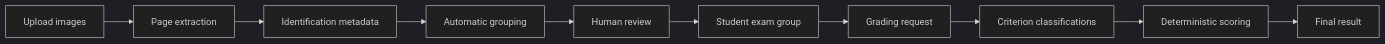
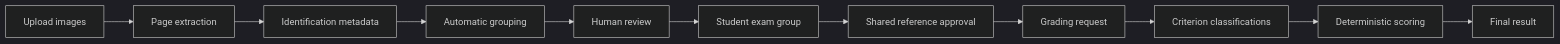
One commit to PedroFrancischeto1898/corretor-provas-ai changed the third of 10 diagrams in docs/architecture.md. Above: the diagram before and after it, drawn with Mermaid (dark theme). The commit also changed other lines of this file and 38 other files, not shown here.

````diff
--- a/docs/architecture.md
+++ b/docs/architecture.md
@@ -77,21 +78,22 @@
 ```mermaid
 flowchart LR
     A[Upload images]
     --> B[Page extraction]
 
     B --> C[Identification metadata]
 
     C --> D[Automatic grouping]
 
     D --> E[Human review]
 
     E --> F[Student exam group]
 
-    F --> G[Grading request]
+    F --> R[Shared reference approval]
+    R --> G[Grading request]
 
     G --> H[Criterion classifications]
 
     H --> I[Deterministic scoring]
 
     I --> J[Final result]
 ```
````
